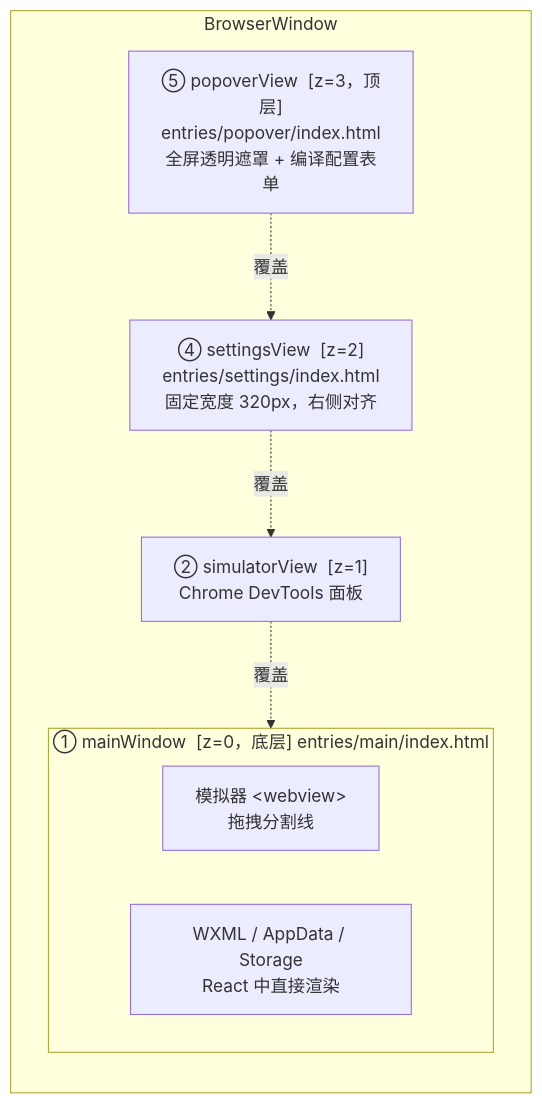
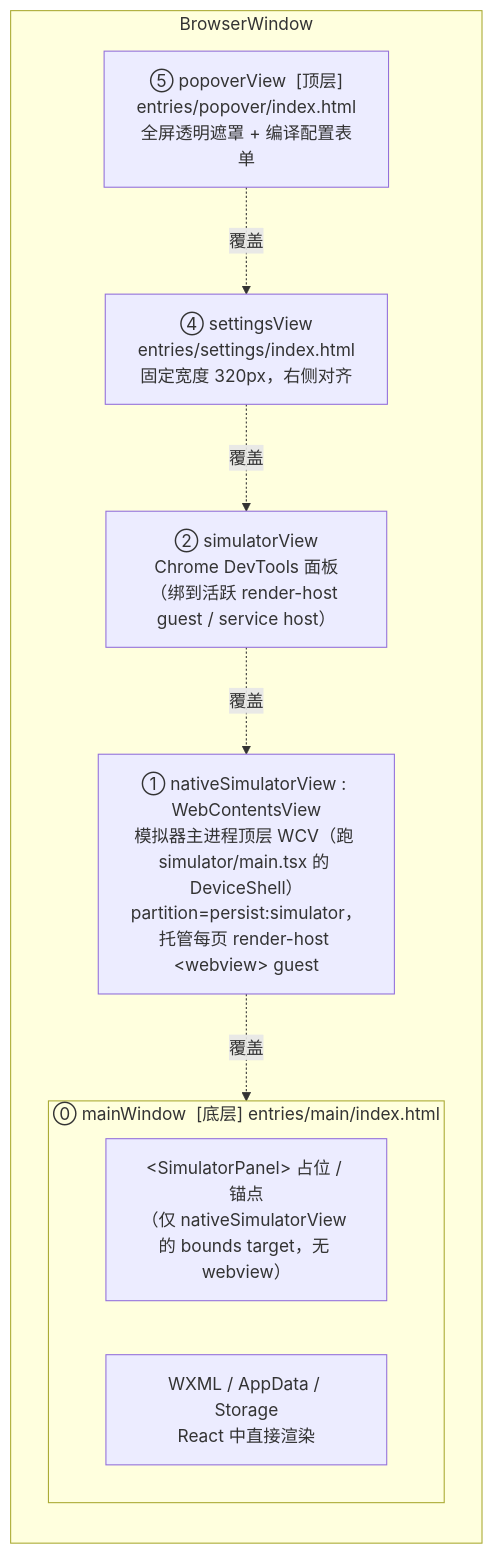
Before and after one commit to EchoTechFE/dimina-kit: the diagram in packages/devtools/README.md, drawn with Mermaid. The commit also changed other lines of this file and 253 other files, not shown here.

````diff
--- a/packages/devtools/README.md
+++ b/packages/devtools/README.md
@@ -573,17 +574,19 @@
 ```mermaid
 flowchart TB
     subgraph BW["BrowserWindow"]
         direction TB
-        Z3["⑤ popoverView &nbsp;[z=3，顶层]<br/>entries/popover/index.html<br/>全屏透明遮罩 + 编译配置表单"]
-        Z2["④ settingsView &nbsp;[z=2]<br/>entries/settings/index.html<br/>固定宽度 320px，右侧对齐"]
-        Z1["② simulatorView &nbsp;[z=1]<br/>Chrome DevTools 面板"]
-        subgraph Z0["① mainWindow &nbsp;[z=0，底层]&nbsp;entries/main/index.html"]
+        Z4["⑤ popoverView &nbsp;[顶层]<br/>entries/popover/index.html<br/>全屏透明遮罩 + 编译配置表单"]
+        Z3["④ settingsView<br/>entries/settings/index.html<br/>固定宽度 320px，右侧对齐"]
+        Z2["② simulatorView<br/>Chrome DevTools 面板（绑到活跃 render-host guest / service host）"]
+        Z1["① nativeSimulatorView : WebContentsView<br/>模拟器主进程顶层 WCV（跑 simulator/main.tsx 的 DeviceShell）<br/>partition=persist:simulator，托管每页 render-host &lt;webview&gt; guest"]
+        subgraph Z0["⓪ mainWindow &nbsp;[底层]&nbsp;entries/main/index.html"]
             direction LR
-            SIM["模拟器 &lt;webview&gt;<br/>拖拽分割线"]
+            SIM["&lt;SimulatorPanel&gt; 占位 / 锚点<br/>（仅 nativeSimulatorView 的 bounds target，无 webview）"]
             PNL["WXML / AppData / Storage<br/>React 中直接渲染"]
         end
+        Z4 -. 覆盖 .-> Z3
         Z3 -. 覆盖 .-> Z2
         Z2 -. 覆盖 .-> Z1
         Z1 -. 覆盖 .-> Z0
     end
 ```
````
